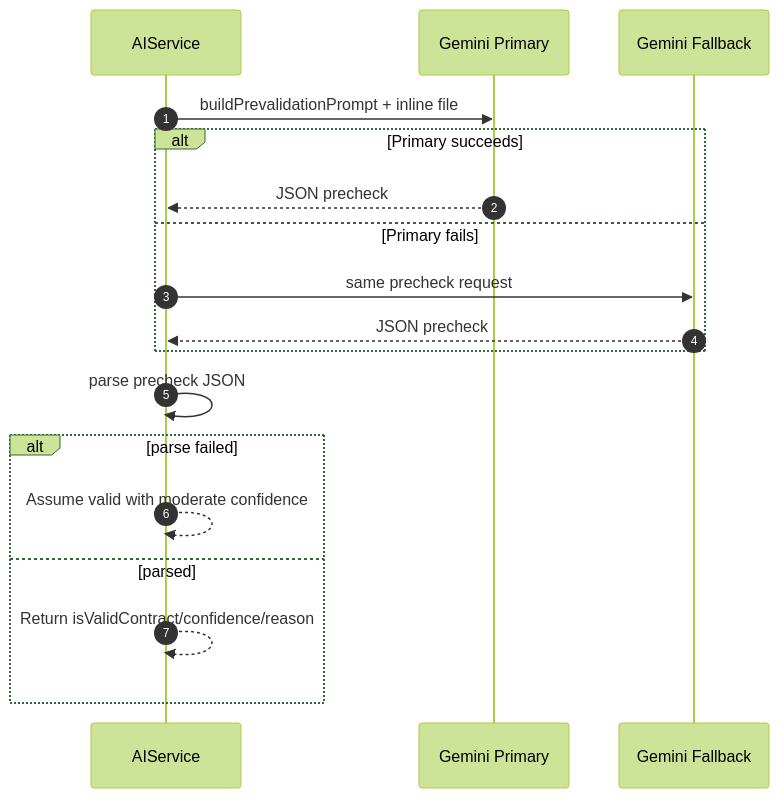
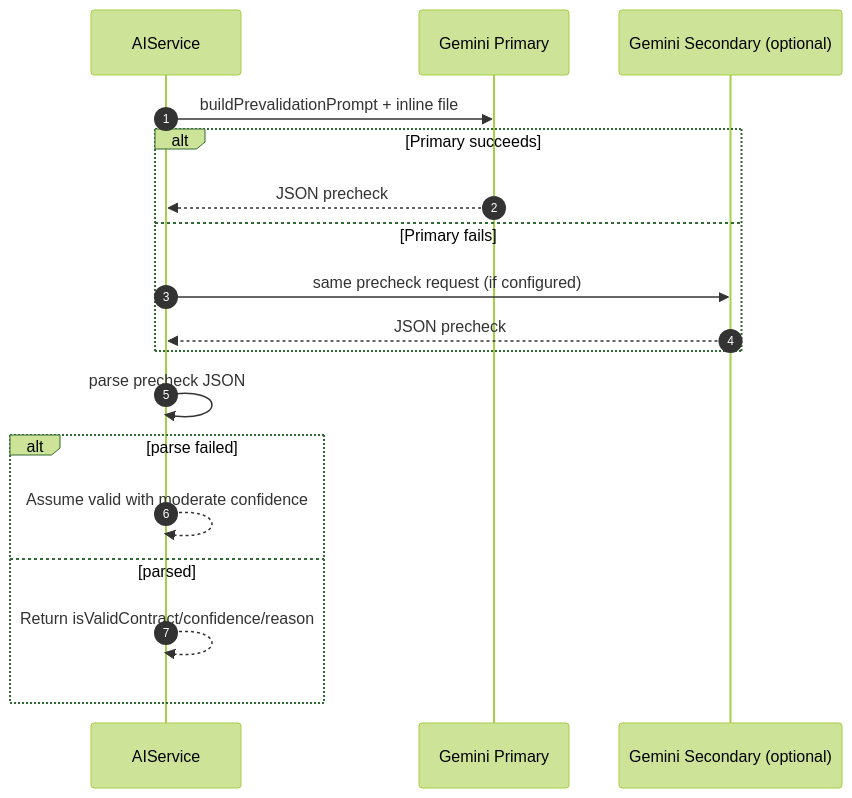
Before and after one commit to Adem-Nefzi/BFSI-PFE: the second of 8 diagrams in AI_FEATURES_DOCUMENTATION.md, drawn with Mermaid (forest theme). The commit also changed other lines of this file and 12 other files, not shown here.

````diff
--- a/AI_FEATURES_DOCUMENTATION.md
+++ b/AI_FEATURES_DOCUMENTATION.md
@@ -160,21 +164,21 @@
 ```mermaid
 sequenceDiagram
   autonumber
   participant AIS as AIService
   participant G1 as Gemini Primary
-  participant G2 as Gemini Fallback
+  participant G2 as Gemini Secondary (optional)
 
   AIS->>G1: buildPrevalidationPrompt + inline file
   alt Primary succeeds
     G1-->>AIS: JSON precheck
   else Primary fails
-    AIS->>G2: same precheck request
+    AIS->>G2: same precheck request (if configured)
     G2-->>AIS: JSON precheck
   end
   AIS->>AIS: parse precheck JSON
   alt parse failed
     AIS-->>AIS: Assume valid with moderate confidence
   else parsed
     AIS-->>AIS: Return isValidContract/confidence/reason
   end
 ```
````
